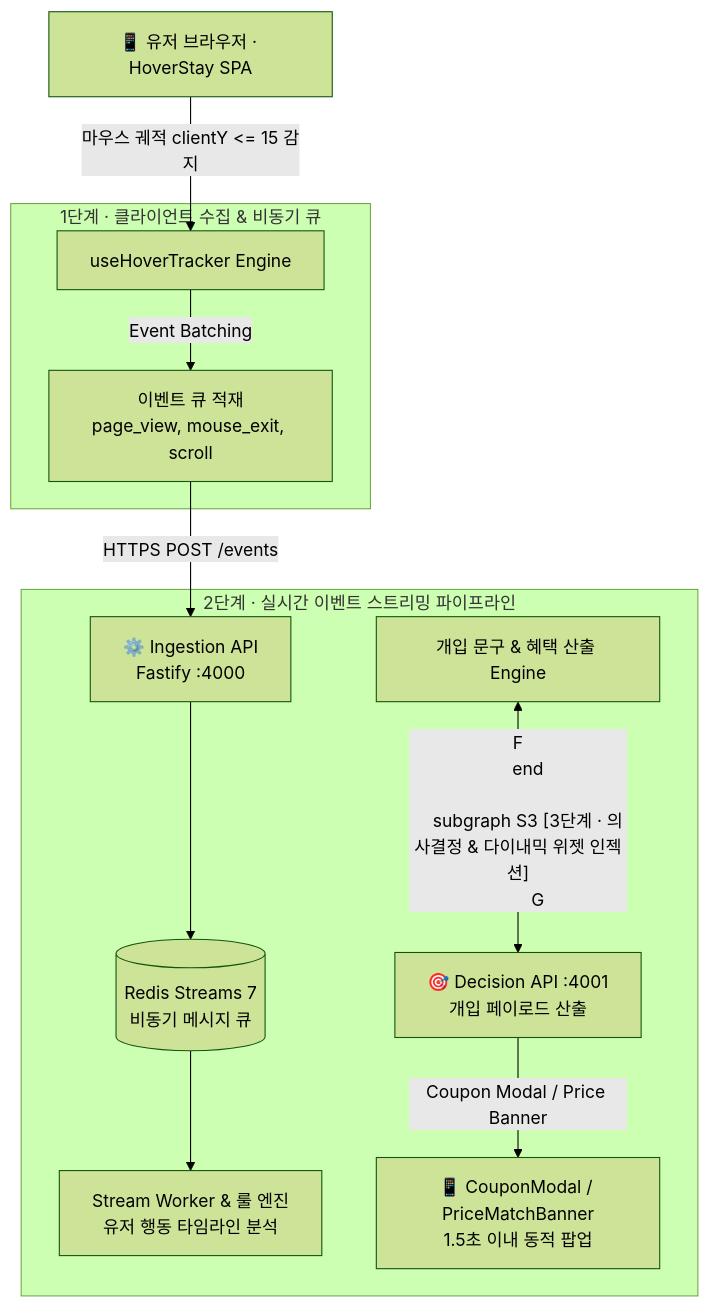
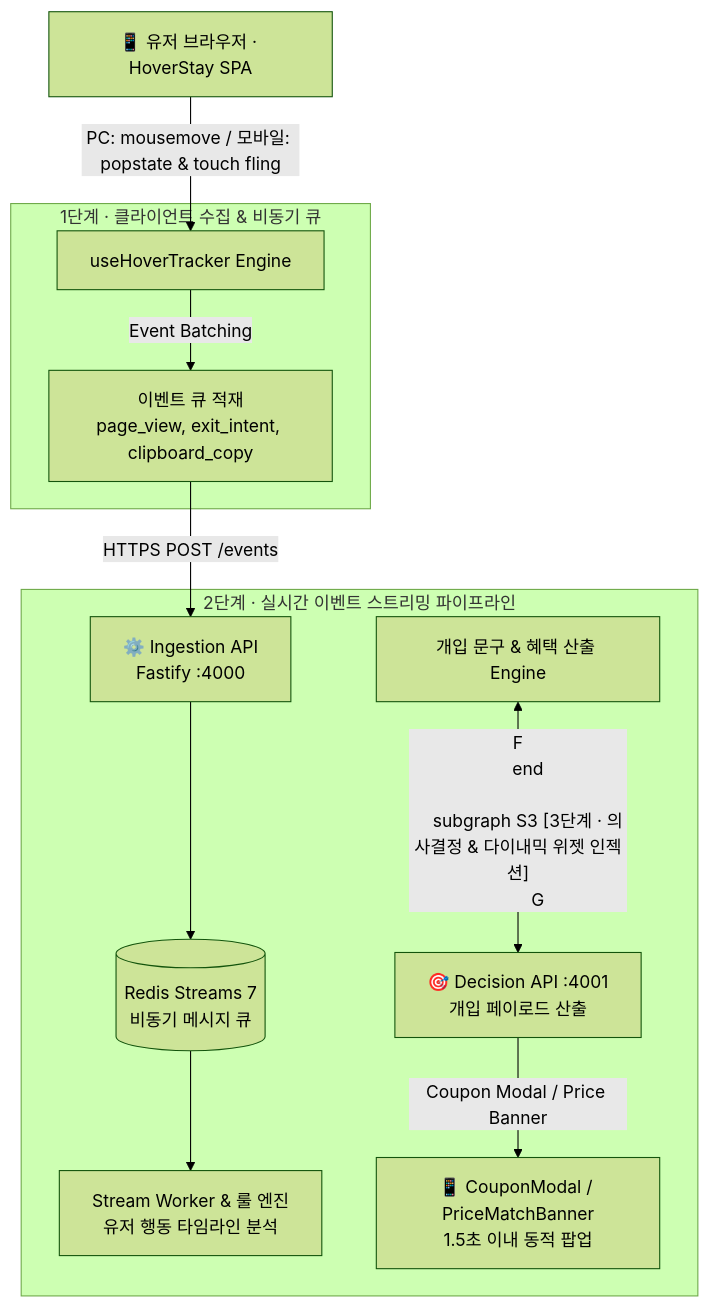
Before and after one commit to krtecek823/KNU_capston_FE: the diagram in README.md, drawn with Mermaid (forest theme). The commit also changed other lines of this file, not shown here.

````diff
--- a/README.md
+++ b/README.md
@@ -64,21 +89,21 @@
 ```mermaid
 flowchart TD
-    A[📱 유저 브라우저 · HoverStay SPA] -->|마우스 궤적 clientY <= 15 감지| B[useHoverTracker Engine]
+    A[📱 유저 브라우저 · HoverStay SPA] -->|PC: mousemove / 모바일: popstate & touch fling| B[useHoverTracker Engine]
 
     subgraph S1 [1단계 · 클라이언트 수집 & 비동기 큐]
-        B -->|Event Batching| C[이벤트 큐 적재<br/>page_view, mouse_exit, scroll]
+        B -->|Event Batching| C[이벤트 큐 적재<br/>page_view, exit_intent, clipboard_copy]
     end
 
     C -->|HTTPS POST /events| D[⚙️ Ingestion API<br/>Fastify :4000]
 
     subgraph S2 [2단계 · 실시간 이벤트 스트리밍 파이프라인]
         D --> E[(Redis Streams 7<br/>비동기 메시지 큐)]
         E --> F[Stream Worker & 룰 엔진<br/>유저 행동 타임라인 분석]
         G[개입 문구 & 혜택 산출 Engine] <-- F
     end
 
     subgraph S3 [3단계 · 의사결정 & 다이내믹 위젯 인젝션]
         G --> H[🎯 Decision API :4001<br/>개입 페이로드 산출]
         H -->|Coupon Modal / Price Banner| I[📱 CouponModal / PriceMatchBanner<br/>1.5초 이내 동적 팝업]
     end
 ```
````
